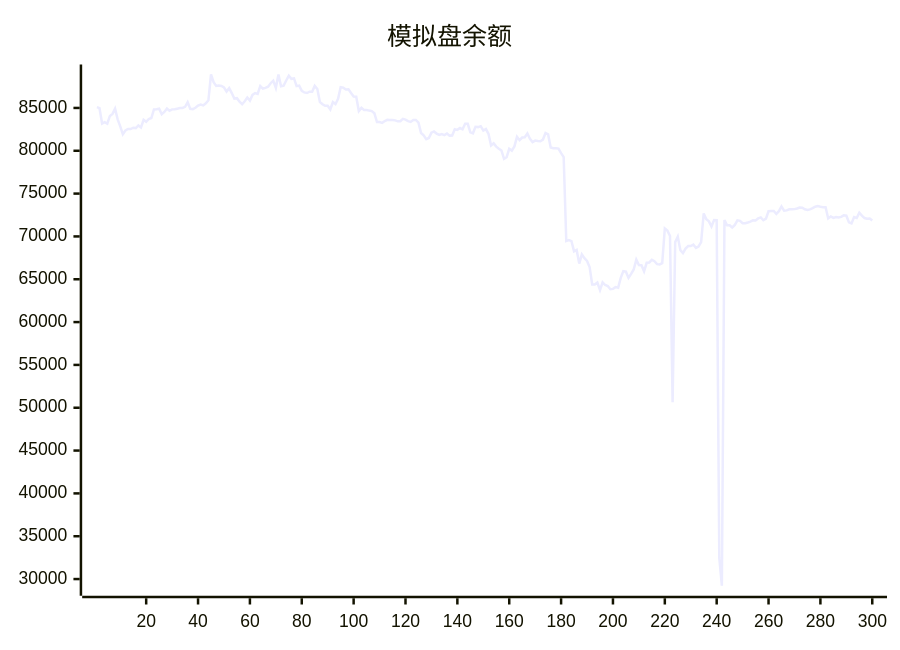
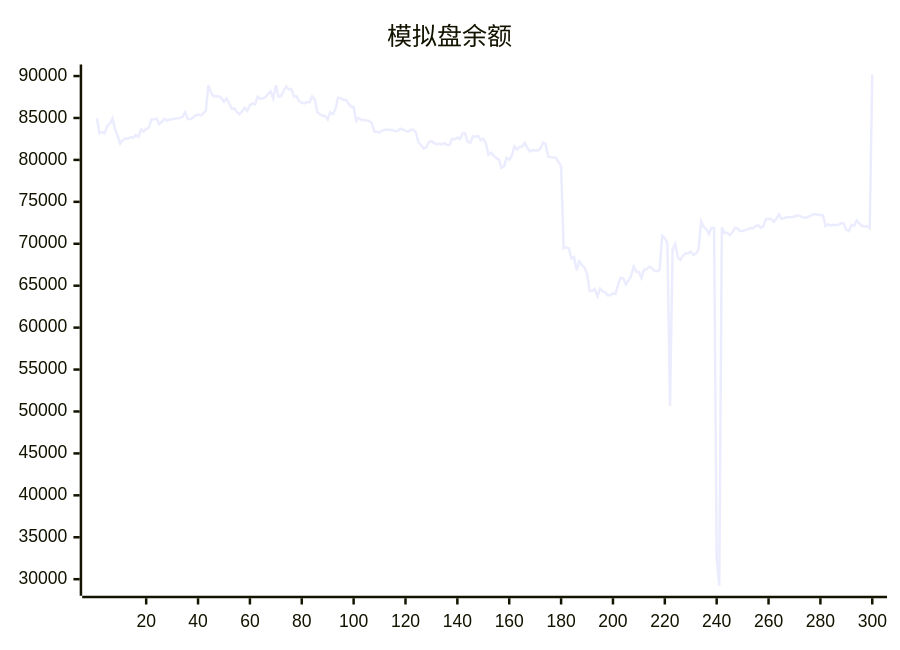
One commit to aahl/ai-trading changed the diagram in README.md. Above: the diagram before and after it, drawn with Mermaid. The commit also changed other lines of this file and 1 other file, not shown here.

````diff
--- a/README.md
+++ b/README.md
@@ -5,5 +5,5 @@
 ```mermaid
 xychart
     title "模拟盘余额"
-    line [85095,84970,83180,83338,83157,84070,84309,84922,83667,82850,81924,82369,82552,82539,82695,82648,82962,82728,83619,83378,83710,83825,84819,84854,84917,84265,84527,84919,84668,84834,84850,84916,84981,85004,85131,85674,84891,84864,85019,85284,85393,85294,85538,85894,88904,88012,87567,87625,87568,87386,86920,87313,86737,86094,86143,85725,85437,85787,86219,85859,86526,86740,86630,87563,87264,87335,87483,87886,88180,87335,88894,87544,87608,88207,88755,88401,88444,87543,87608,87000,86810,86740,86894,86884,87576,87209,85686,85435,85251,85255,84820,85689,85453,86066,87420,87373,87161,87178,86740,86341,86315,84643,85012,84772,84768,84690,84635,84376,83360,83357,83259,83474,83608,83606,83602,83548,83440,83454,83724,83644,83464,83365,83590,83592,83275,82072,81806,81344,81492,82109,82254,82006,81848,81955,81829,82022,81769,81776,82522,82441,82656,82498,83144,83144,82150,82038,82797,82763,82872,82367,82536,81981,80612,80862,80484,80242,80034,79063,79245,80226,80016,80507,81625,81233,81544,81578,82016,81401,81019,81186,81130,81118,81306,82066,81909,80392,80304,80291,80258,79729,79261,69466,69579,69456,68251,68415,66832,67911,67462,67144,66432,64380,64375,64606,63740,64647,64324,64216,63842,63877,64078,64008,65156,65945,65888,65157,65625,66144,67284,66653,66639,65924,66925,66956,67263,67108,66766,66729,66886,70927,70673,70049,50652,69334,69973,68400,68061,68578,68876,68879,69055,68662,68822,69329,72687,71999,71760,71162,71911,71896,32500,29218,71927,71297,71305,71044,71337,71883,71822,71536,71536,71622,71723,71880,71860,72100,72216,71887,72077,72940,72976,72966,72638,72948,73497,73004,73041,73173,73160,73186,73258,73375,73351,73173,73098,73161,73305,73474,73536,73457,73413,73412,72100,72333,72164,72272,72204,72285,72461,72421,71652,71521,72267,72157,72774,72424,72144,72060,72091,71858]
+    line [84970,83180,83338,83157,84070,84309,84922,83667,82850,81924,82369,82552,82539,82695,82648,82962,82728,83619,83378,83710,83825,84819,84854,84917,84265,84527,84919,84668,84834,84850,84916,84981,85004,85131,85674,84891,84864,85019,85284,85393,85294,85538,85894,88904,88012,87567,87625,87568,87386,86920,87313,86737,86094,86143,85725,85437,85787,86219,85859,86526,86740,86630,87563,87264,87335,87483,87886,88180,87335,88894,87544,87608,88207,88755,88401,88444,87543,87608,87000,86810,86740,86894,86884,87576,87209,85686,85435,85251,85255,84820,85689,85453,86066,87420,87373,87161,87178,86740,86341,86315,84643,85012,84772,84768,84690,84635,84376,83360,83357,83259,83474,83608,83606,83602,83548,83440,83454,83724,83644,83464,83365,83590,83592,83275,82072,81806,81344,81492,82109,82254,82006,81848,81955,81829,82022,81769,81776,82522,82441,82656,82498,83144,83144,82150,82038,82797,82763,82872,82367,82536,81981,80612,80862,80484,80242,80034,79063,79245,80226,80016,80507,81625,81233,81544,81578,82016,81401,81019,81186,81130,81118,81306,82066,81909,80392,80304,80291,80258,79729,79261,69466,69579,69456,68251,68415,66832,67911,67462,67144,66432,64380,64375,64606,63740,64647,64324,64216,63842,63877,64078,64008,65156,65945,65888,65157,65625,66144,67284,66653,66639,65924,66925,66956,67263,67108,66766,66729,66886,70927,70673,70049,50652,69334,69973,68400,68061,68578,68876,68879,69055,68662,68822,69329,72687,71999,71760,71162,71911,71896,32500,29218,71927,71297,71305,71044,71337,71883,71822,71536,71536,71622,71723,71880,71860,72100,72216,71887,72077,72940,72976,72966,72638,72948,73497,73004,73041,73173,73160,73186,73258,73375,73351,73173,73098,73161,73305,73474,73536,73457,73413,73412,72100,72333,72164,72272,72204,72285,72461,72421,71652,71521,72267,72157,72774,72424,72144,72060,72091,71858,90185]
 ```
````
